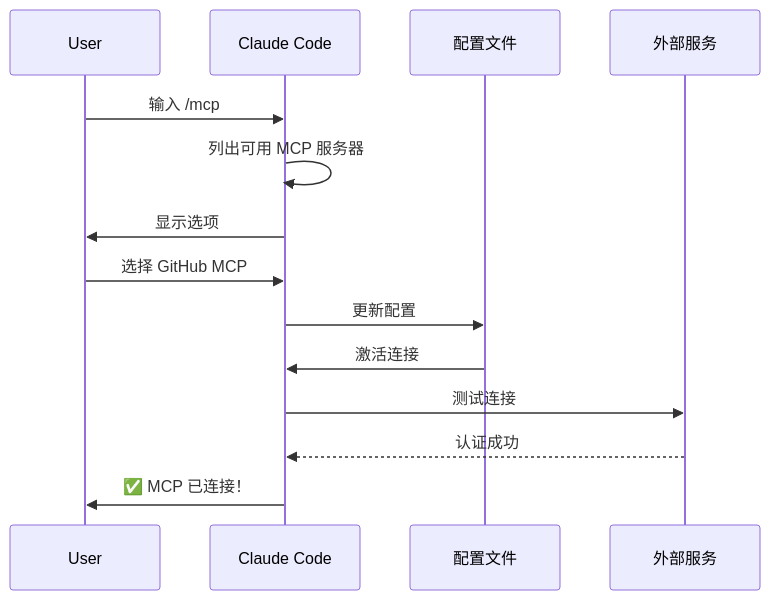
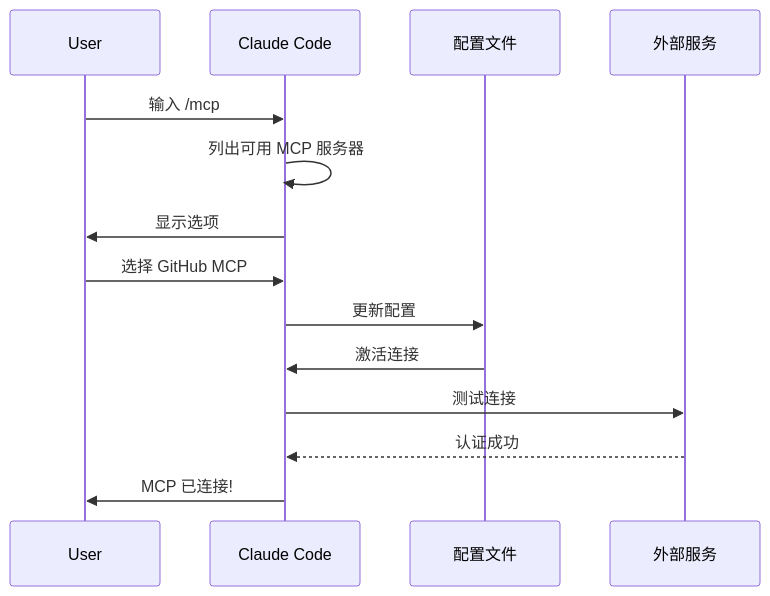
One commit to Rx782-Fss/claude-howto-zh changed diagram 14 of 31 in claude-howto-zh/claude_concepts_guide.md. Above: the diagram before and after it, drawn with Mermaid. The commit also changed other lines of this file and 8 other files, not shown here.

First line of the commit message:
fix: 清除所有 Mermaid 内的 GitHub 不兼容内容

````diff
--- a/claude-howto-zh/claude_concepts_guide.md
+++ b/claude-howto-zh/claude_concepts_guide.md
@@ -980,17 +980,17 @@
 ```mermaid
 sequenceDiagram
     participant User
     participant Claude as Claude Code
     participant Config as 配置文件
     participant Service as 外部服务
 
     User->>Claude: 输入 /mcp
     Claude->>Claude: 列出可用 MCP 服务器
     Claude->>User: 显示选项
     User->>Claude: 选择 GitHub MCP
     Claude->>Config: 更新配置
     Config->>Claude: 激活连接
     Claude->>Service: 测试连接
     Service-->>Claude: 认证成功
-    Claude->>User: ✅ MCP 已连接！
+    Claude->>User:  MCP 已连接!
 ```
````
